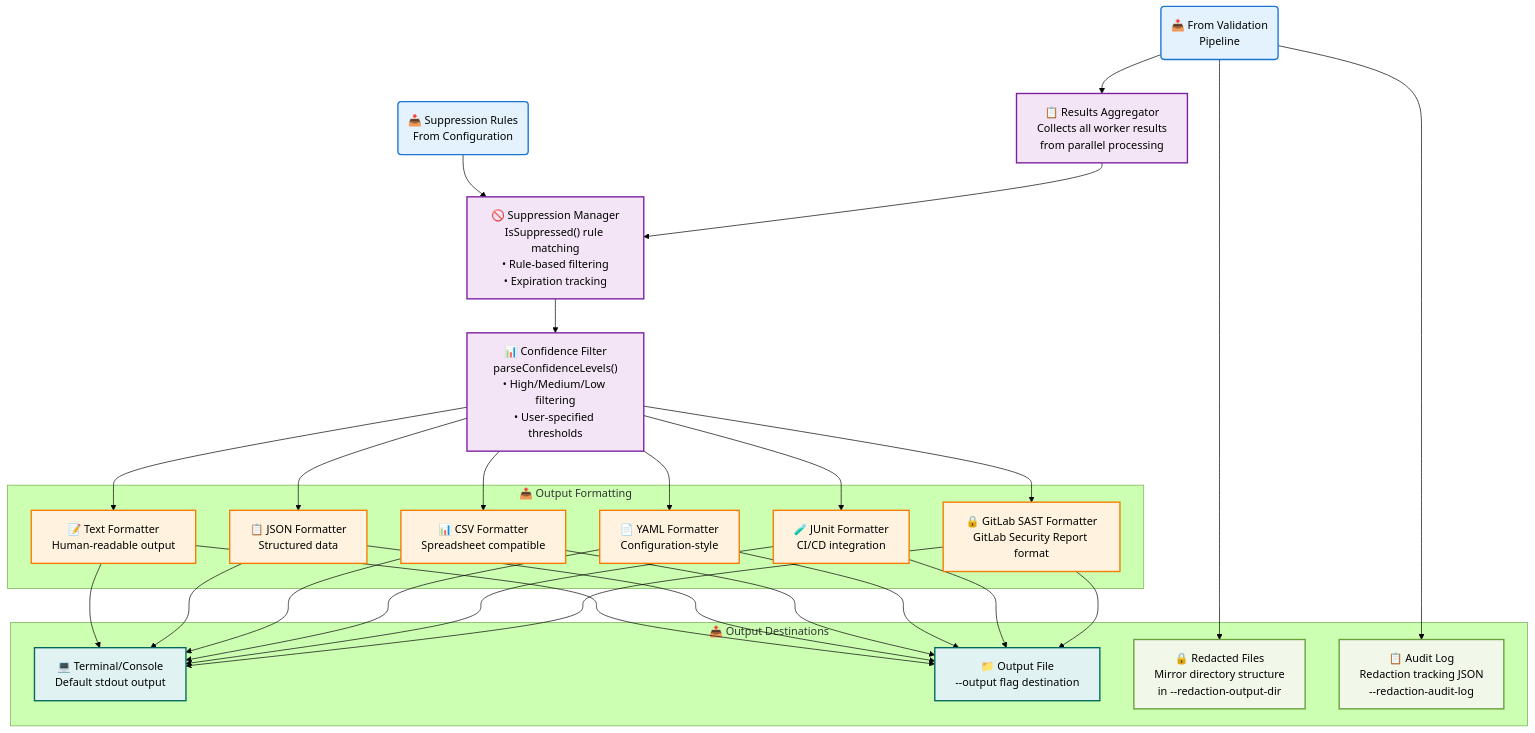
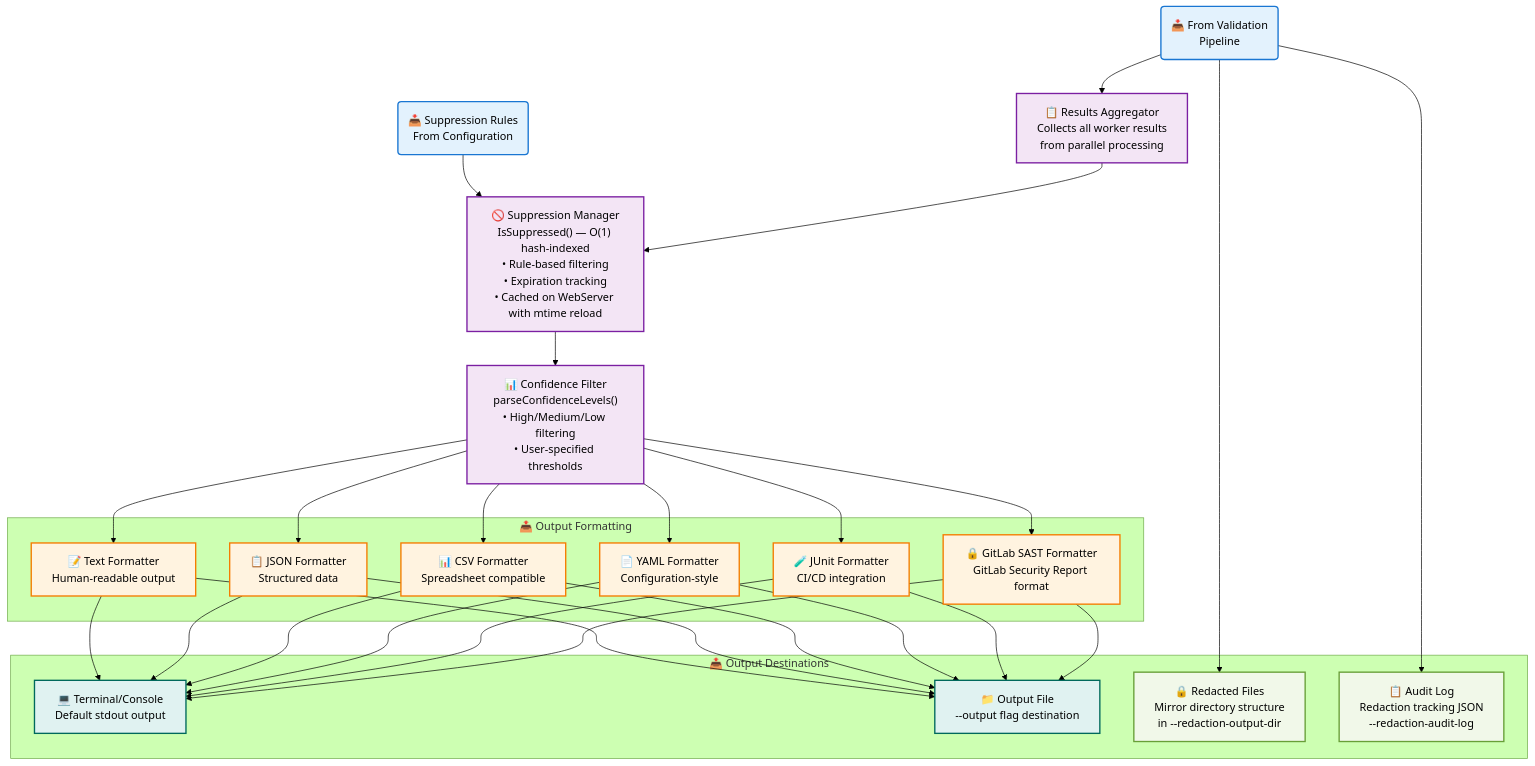
Before and after one commit to awslabs/ferret-scan: the sixth of 7 diagrams in docs/architecture-diagram.md, drawn with Mermaid (forest theme). The commit also changed other lines of this file and 13 other files, not shown here.

````diff
--- a/docs/architecture-diagram.md
+++ b/docs/architecture-diagram.md
@@ -417,78 +417,78 @@
 ```mermaid
 flowchart TD
     %% Input from previous stage
     ResultsInput("📥 From Validation<br/>Pipeline")
     SuppressionInput("📥 Suppression Rules<br/>From Configuration")
 
     %% Results Processing
     ResultsAggregator["📋 Results Aggregator<br/>Collects all worker results<br/>from parallel processing"]
 
-    SuppressionManager["🚫 Suppression Manager<br/>IsSuppressed() rule matching<br/>• Rule-based filtering<br/>• Expiration tracking"]
+    SuppressionManager["🚫 Suppression Manager<br/>IsSuppressed() — O(1) hash-indexed<br/>• Rule-based filtering<br/>• Expiration tracking<br/>• Cached on WebServer with mtime reload"]
 
     ConfidenceFilter["📊 Confidence Filter<br/>parseConfidenceLevels()<br/>• High/Medium/Low filtering<br/>• User-specified thresholds"]
 
     %% Output Formatting
     subgraph OutputFormatting["📤 Output Formatting"]
         TextFormatter["📝 Text Formatter<br/>Human-readable output"]
         JSONFormatter["📋 JSON Formatter<br/>Structured data"]
         CSVFormatter["📊 CSV Formatter<br/>Spreadsheet compatible"]
         YAMLFormatter["📄 YAML Formatter<br/>Configuration-style"]
         JUnitFormatter["🧪 JUnit Formatter<br/>CI/CD integration"]
         GitLabSASTFormatter["🔒 GitLab SAST Formatter<br/>GitLab Security Report format"]
     end
 
     %% Output Destinations
     subgraph OutputDestinations["📤 Output Destinations"]
         Terminal["💻 Terminal/Console<br/>Default stdout output"]
         OutputFile["📁 Output File<br/>--output flag destination"]
         RedactedFiles["🔒 Redacted Files<br/>Mirror directory structure<br/>in --redaction-output-dir"]
         AuditLog["📋 Audit Log<br/>Redaction tracking JSON<br/>--redaction-audit-log"]
     end
 
     %% Flow
     ResultsInput --> ResultsAggregator
     SuppressionInput --> SuppressionManager
 
     ResultsAggregator --> SuppressionManager
     SuppressionManager --> ConfidenceFilter
 
     %% Format selection based on --format flag
     ConfidenceFilter --> TextFormatter
     ConfidenceFilter --> JSONFormatter
     ConfidenceFilter --> CSVFormatter
     ConfidenceFilter --> YAMLFormatter
     ConfidenceFilter --> JUnitFormatter
     ConfidenceFilter --> GitLabSASTFormatter
 
     %% Output routing
     TextFormatter --> Terminal
     JSONFormatter --> Terminal
     CSVFormatter --> Terminal
     YAMLFormatter --> Terminal
     JUnitFormatter --> Terminal
     GitLabSASTFormatter --> Terminal
 
     TextFormatter --> OutputFile
     JSONFormatter --> OutputFile
     CSVFormatter --> OutputFile
     YAMLFormatter --> OutputFile
     JUnitFormatter --> OutputFile
     GitLabSASTFormatter --> OutputFile
 
     %% Redaction outputs (from validation pipeline)
     ResultsInput --> RedactedFiles
     ResultsInput --> AuditLog
 
     %% Styling
     classDef input fill:#e3f2fd,stroke:#1976d2,stroke-width:2px
     classDef processing fill:#f3e5f5,stroke:#7b1fa2,stroke-width:2px
     classDef formatting fill:#fff3e0,stroke:#f57c00,stroke-width:2px
     classDef output fill:#e0f2f1,stroke:#00695c,stroke-width:2px
     classDef redaction fill:#f1f8e9,stroke:#689f38,stroke-width:2px
 
     class ResultsInput,SuppressionInput input
     class ResultsAggregator,SuppressionManager,ConfidenceFilter processing
     class TextFormatter,JSONFormatter,CSVFormatter,YAMLFormatter,JUnitFormatter,GitLabSASTFormatter formatting
     class Terminal,OutputFile output
     class RedactedFiles,AuditLog redaction
 ```
````
